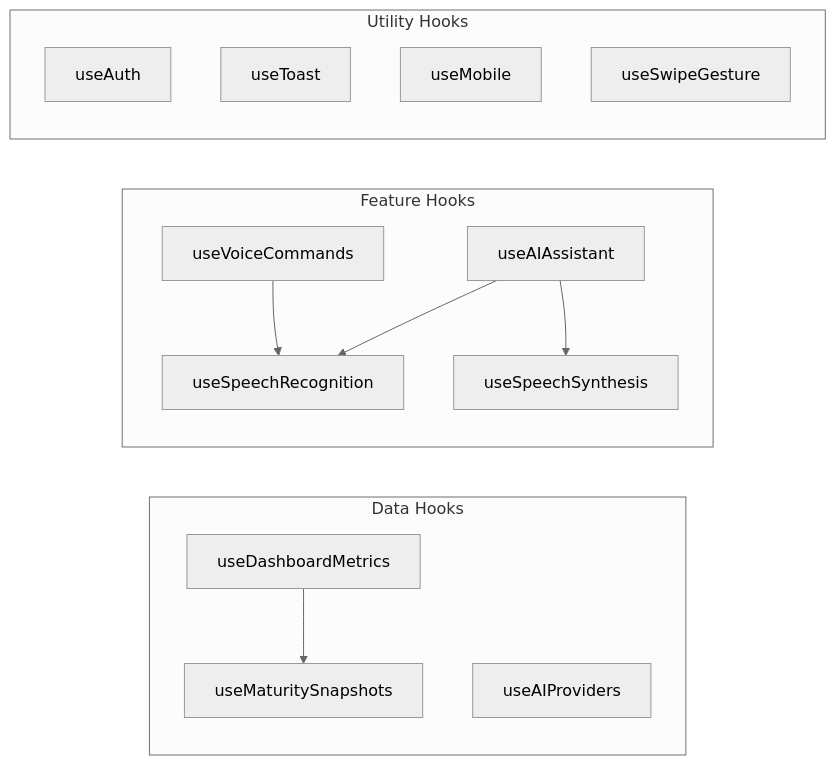
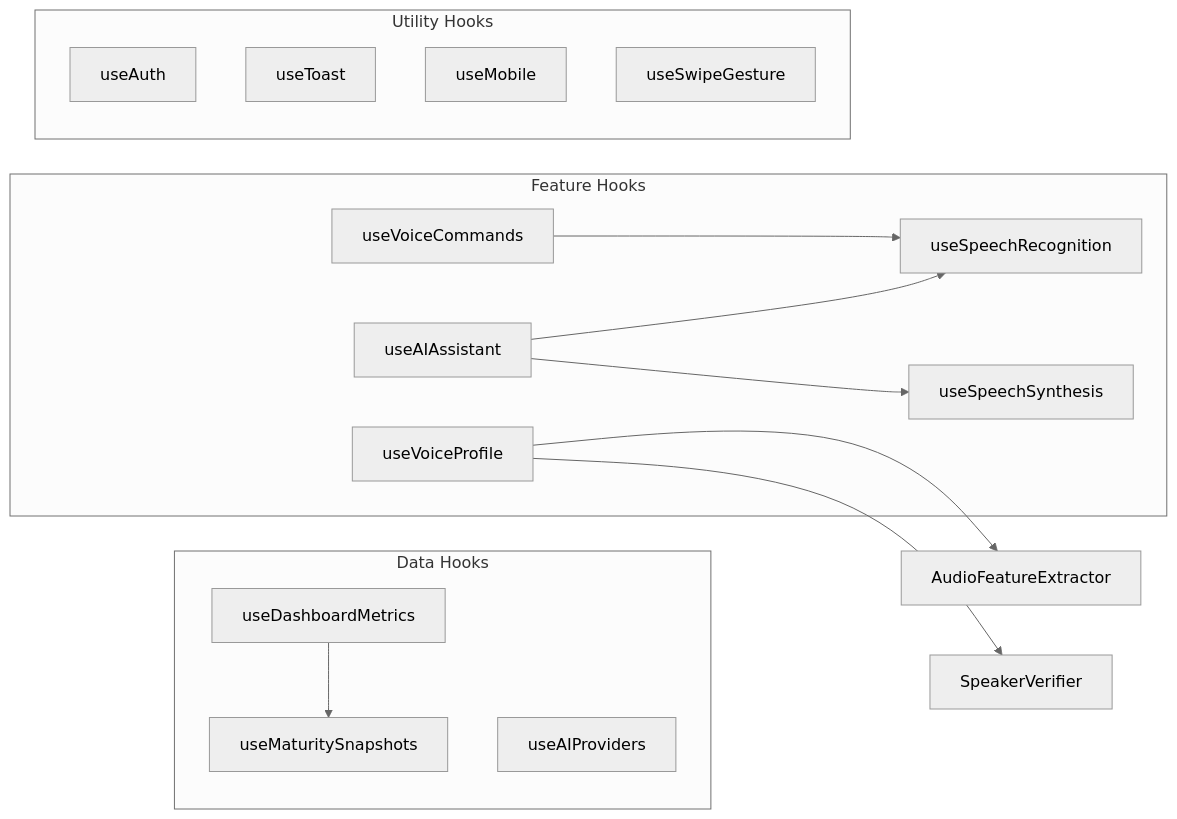
The eighth of 17 diagrams in docs/ARCHITECTURE.md (followdrabbit/ai-assess-insight), drawn with Mermaid (neutral theme) before and after one commit. The commit also changed other lines of this file and 1 other file, not shown here.

````diff
--- a/docs/ARCHITECTURE.md
+++ b/docs/ARCHITECTURE.md
@@ -369,27 +369,30 @@
 ```mermaid
 graph LR
     subgraph "Data Hooks"
         useDashboardMetrics
         useMaturitySnapshots
         useAIProviders
     end
     
     subgraph "Feature Hooks"
         useAIAssistant
         useSpeechRecognition
         useSpeechSynthesis
         useVoiceCommands
+        useVoiceProfile
     end
     
     subgraph "Utility Hooks"
         useAuth
         useToast
         useMobile
         useSwipeGesture
     end
     
     useDashboardMetrics --> useMaturitySnapshots
     useAIAssistant --> useSpeechRecognition
     useAIAssistant --> useSpeechSynthesis
     useVoiceCommands --> useSpeechRecognition
+    useVoiceProfile --> AudioFeatureExtractor
+    useVoiceProfile --> SpeakerVerifier
 ```
````
